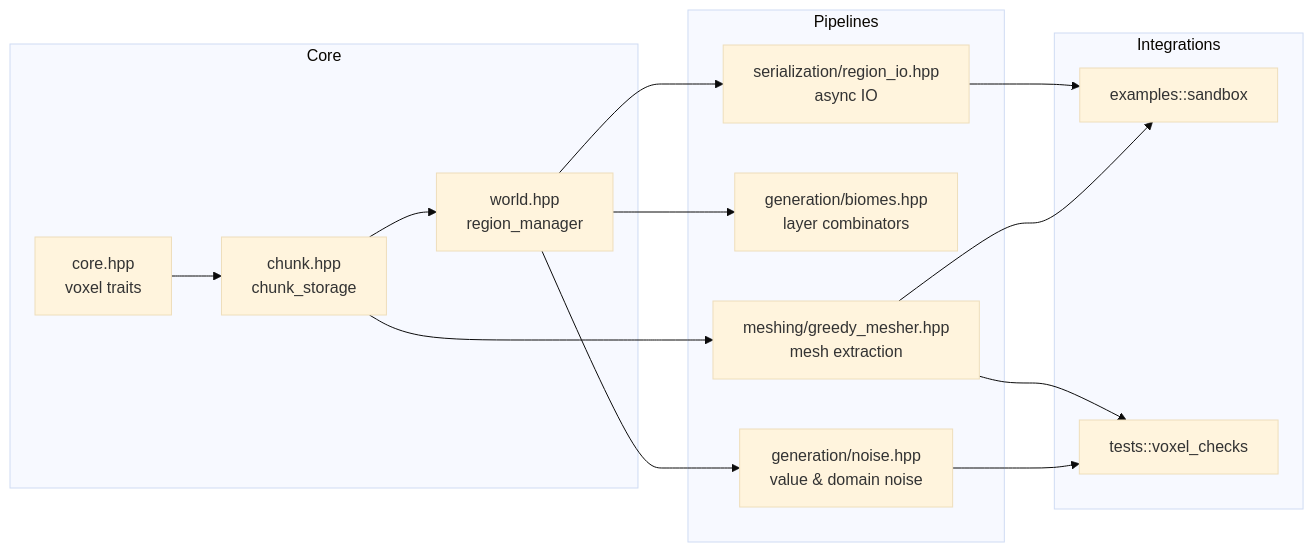
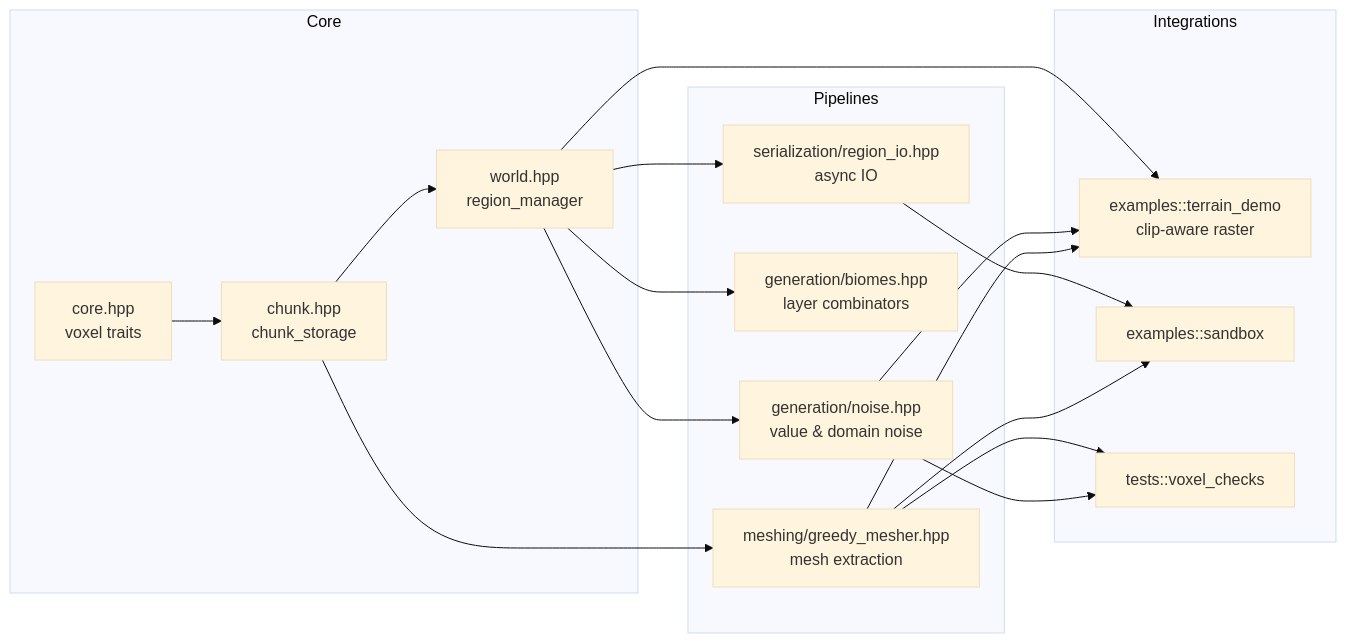
Before and after one commit to Autodidac/AlmondVoxel: the first of 2 diagrams in README.md, drawn with Mermaid (base theme). The commit also changed other lines of this file and 2 other files, not shown here.

Commit message:
Clip triangles against near and far planes

````diff
--- a/README.md
+++ b/README.md
@@ -27,26 +27,30 @@
 ```mermaid
 graph LR
     subgraph Core
         VoxelCore[core.hpp\nvoxel traits]
         Chunk[chunk.hpp\nchunk_storage]
         Region[world.hpp\nregion_manager]
     end
     subgraph Pipelines
         Noise[generation/noise.hpp\nvalue & domain noise]
         Biomes[generation/biomes.hpp\nlayer combinators]
         Mesher[meshing/greedy_mesher.hpp\nmesh extraction]
         Serializer[serialization/region_io.hpp\nasync IO]
     end
     subgraph Integrations
+        TerrainDemo[examples::terrain_demo\nclip-aware raster]
         ExampleApp[examples::sandbox]
         Tests[tests::voxel_checks]
     end
 
     VoxelCore --> Chunk --> Region
     Region --> Noise
     Region --> Biomes
-    Chunk --> Mesher --> ExampleApp
+    Chunk --> Mesher --> TerrainDemo
+    Noise --> TerrainDemo
+    Region --> TerrainDemo
+    Mesher --> ExampleApp
     Region --> Serializer --> ExampleApp
     Noise --> Tests
     Mesher --> Tests
 ```
````
